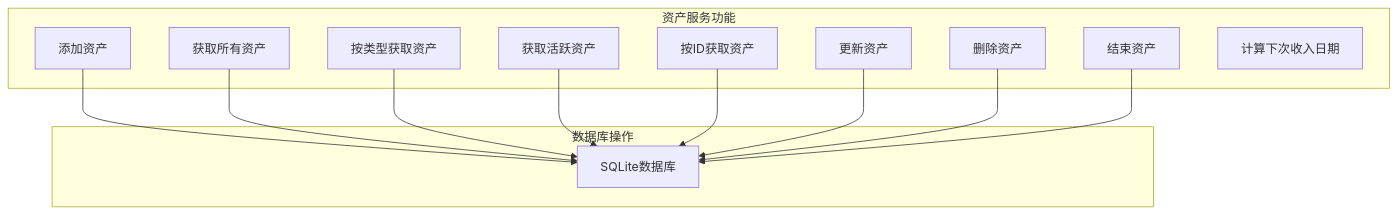
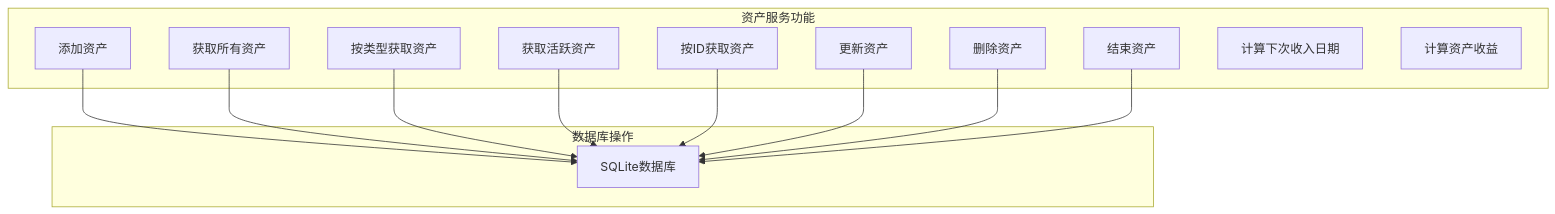
One commit to xiao-lin-unit/yuan changed the tenth of 17 diagrams in .qoder/repowiki/zh/content/资产管理/资产总览.md. Above: the diagram before and after it, drawn with Mermaid. The commit also changed other lines of this file and 14 other files, not shown here.

````diff
--- a/.qoder/repowiki/zh/content/资产管理/资产总览.md
+++ b/.qoder/repowiki/zh/content/资产管理/资产总览.md
@@ -471,25 +437,26 @@
 ```mermaid
 graph TB
 subgraph "资产服务功能"
 AddAsset[添加资产]
 GetAssets[获取所有资产]
 GetAssetsByType[按类型获取资产]
 GetActiveAssets[获取活跃资产]
 GetAssetById[按ID获取资产]
 UpdateAsset[更新资产]
 DeleteAsset[删除资产]
 EndAsset[结束资产]
 CalculateNextIncomeDate[计算下次收入日期]
+CalculatePerAssetIncome[计算资产收益]
 end
 subgraph "数据库操作"
 DB[SQLite数据库]
 end
 AddAsset --> DB
 GetAssets --> DB
 GetAssetsByType --> DB
 GetActiveAssets --> DB
 GetAssetById --> DB
 UpdateAsset --> DB
 DeleteAsset --> DB
 EndAsset --> DB
 ```
````
